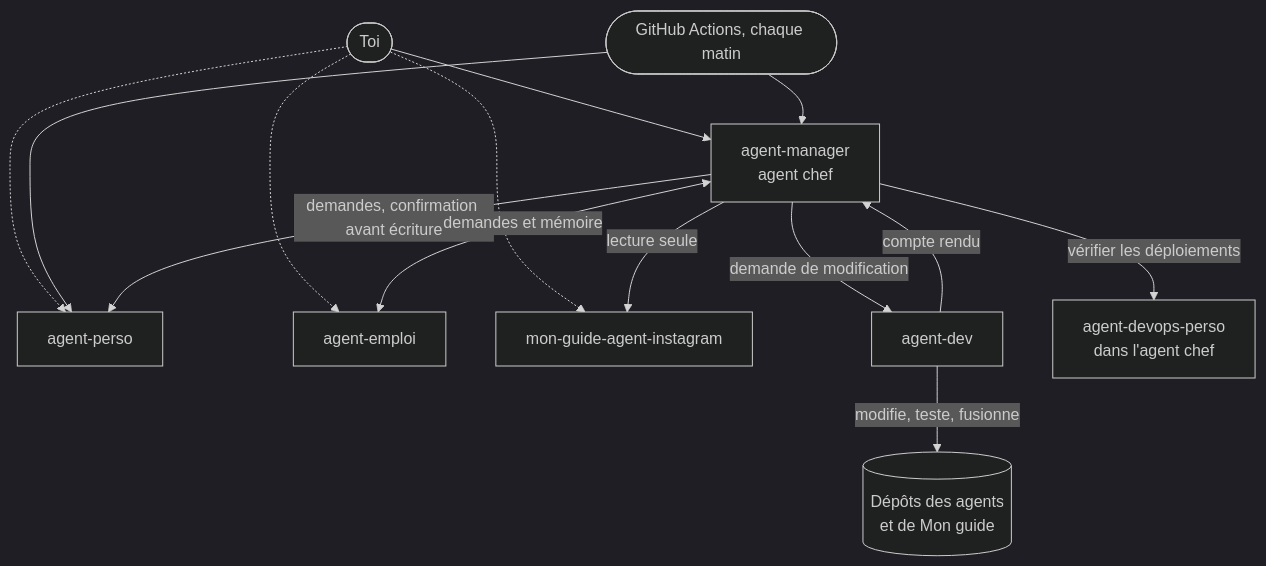
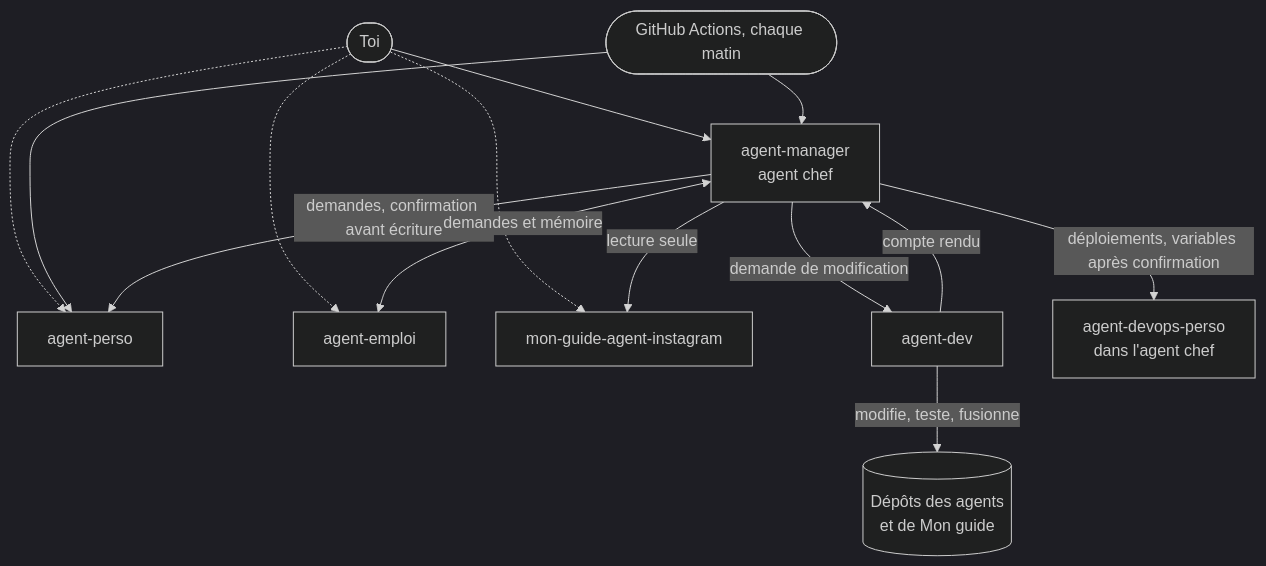
The diagram in ARCHITECTURE.md (AnthonyStocko/agent-manager), drawn with Mermaid (dark theme) before and after one commit. The commit also changed other lines of this file and 5 other files, not shown here.

First line of the commit message:
Devops : règle une variable Render depuis la discussion, après confirmation

````diff
--- a/ARCHITECTURE.md
+++ b/ARCHITECTURE.md
@@ -25,30 +25,30 @@
 ```mermaid
 flowchart TD
     toi([Toi])
     cron([GitHub Actions, chaque matin])
 
     chef[agent-manager<br/>agent chef]
     perso[agent-perso]
     emploi[agent-emploi]
     insta[mon-guide-agent-instagram]
     dev[agent-dev]
     devops[agent-devops-perso<br/>dans l'agent chef]
     depots[(Dépôts des agents<br/>et de Mon guide)]
 
     toi --> chef
     toi -.-> perso
     toi -.-> emploi
     toi -.-> insta
 
     cron --> chef
     cron --> perso
 
     chef -->|demandes, confirmation avant écriture| perso
     chef <-->|demandes et mémoire| emploi
     chef -->|lecture seule| insta
     chef -->|demande de modification| dev
     dev -->|compte rendu| chef
-    chef -->|vérifier les déploiements| devops
+    chef -->|déploiements, variables après confirmation| devops
 
     dev -->|modifie, teste, fusionne| depots
 ```
````
